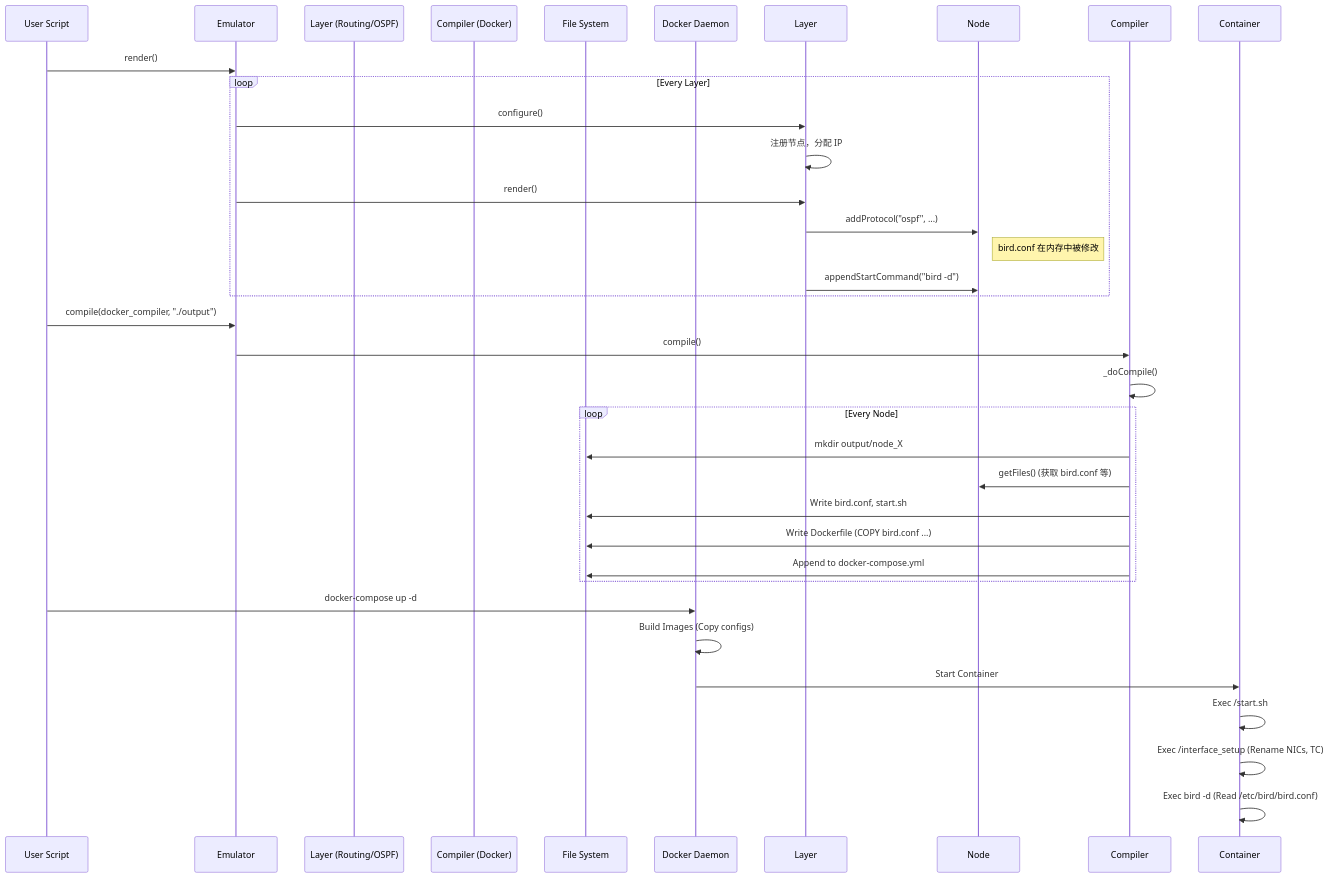
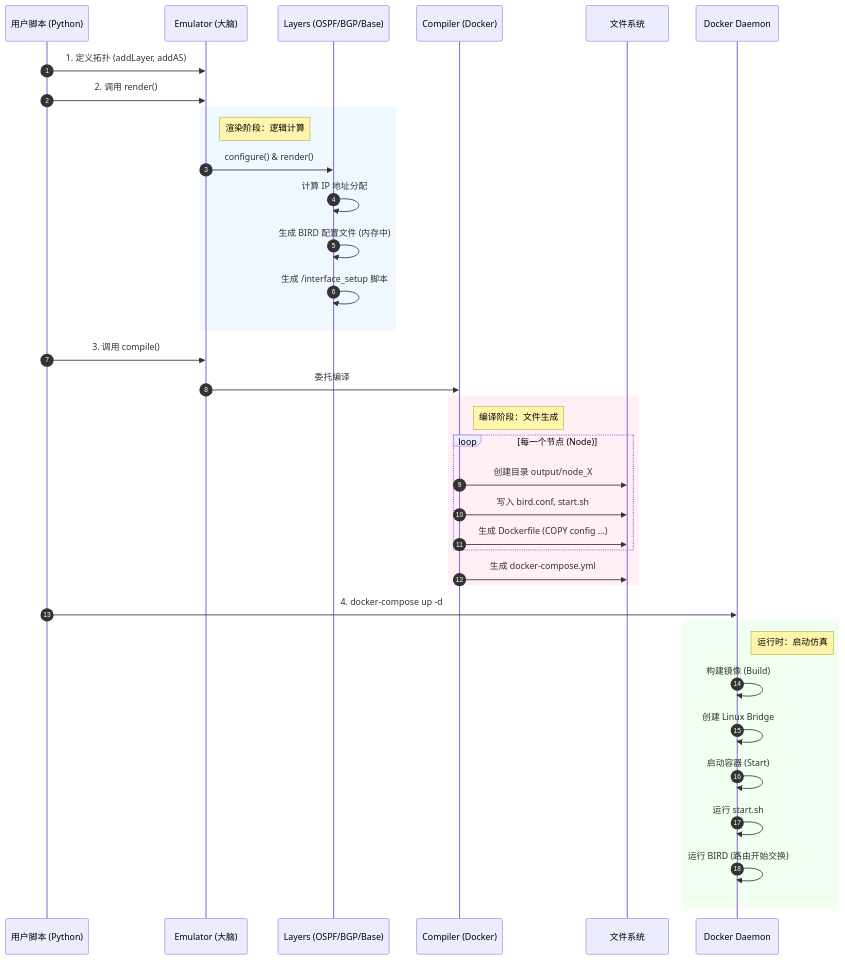
The third of 3 diagrams in SEED_EMULATOR_DEEP_DIVE.md (Anchorite-no/seed-emulator), drawn with Mermaid before and after one commit. The commit also changed other lines of this file, not shown here.

First line of the commit message:
Finalize SEED Emulator Whitepaper with deep principles and code audit

````diff
--- a/SEED_EMULATOR_DEEP_DIVE.md
+++ b/SEED_EMULATOR_DEEP_DIVE.md
@@ -155,41 +277,45 @@
 ```mermaid
 sequenceDiagram
-    participant User Script
-    participant Emulator
-    participant Layer (Routing/OSPF)
-    participant Compiler (Docker)
-    participant File System
-    participant Docker Daemon
+    autonumber
+    participant User as 用户脚本 (Python)
+    participant Emu as Emulator (大脑)
+    participant Layer as Layers (OSPF/BGP/Base)
+    participant Compiler as Compiler (Docker)
+    participant Disk as 文件系统
+    participant Docker as Docker Daemon
 
-    User Script->>Emulator: render()
+    User->>Emu: 1. 定义拓扑 (addLayer, addAS)
+    User->>Emu: 2. 调用 render()
 
-    loop Every Layer
-        Emulator->>Layer: configure()
-        Layer->>Layer: 注册节点，分配 IP
-        Emulator->>Layer: render()
-        Layer->>Node: addProtocol("ospf", ...)
-        Note right of Node: bird.conf 在内存中被修改
-        Layer->>Node: appendStartCommand("bird -d")
+    rect rgb(240, 248, 255)
+        Note right of Emu: 渲染阶段：逻辑计算
+        Emu->>Layer: configure() & render()
+        Layer->>Layer: 计算 IP 地址分配
+        Layer->>Layer: 生成 BIRD 配置文件 (内存中)
+        Layer->>Layer: 生成 /interface_setup 脚本
     end
 
-    User Script->>Emulator: compile(docker_compiler, "./output")
-    Emulator->>Compiler: compile()
+    User->>Emu: 3. 调用 compile()
+    Emu->>Compiler: 委托编译
 
-    Compiler->>Compiler: _doCompile()
-
-    loop Every Node
-        Compiler->>File System: mkdir output/node_X
-        Compiler->>Node: getFiles() (获取 bird.conf 等)
-        Compiler->>File System: Write bird.conf, start.sh
-        Compiler->>File System: Write Dockerfile (COPY bird.conf ...)
-        Compiler->>File System: Append to docker-compose.yml
+    rect rgb(255, 240, 245)
+        Note right of Compiler: 编译阶段：文件生成
+        loop 每一个节点 (Node)
+            Compiler->>Disk: 创建目录 output/node_X
+            Compiler->>Disk: 写入 bird.conf, start.sh
+            Compiler->>Disk: 生成 Dockerfile (COPY config ...)
+        end
+        Compiler->>Disk: 生成 docker-compose.yml
     end
 
-    User Script->>Docker Daemon: docker-compose up -d
+    User->>Docker: 4. docker-compose up -d
 
-    Docker Daemon->>Docker Daemon: Build Images (Copy configs)
-    Docker Daemon->>Container: Start Container
-    Container->>Container: Exec /start.sh
-    Container->>Container: Exec /interface_setup (Rename NICs, TC)
-    Container->>Container: Exec bird -d (Read /etc/bird/bird.conf)
+    rect rgb(240, 255, 240)
+        Note right of Docker: 运行时：启动仿真
+        Docker->>Docker: 构建镜像 (Build)
+        Docker->>Docker: 创建 Linux Bridge
+        Docker->>Docker: 启动容器 (Start)
+        Docker->>Docker: 运行 start.sh
+        Docker->>Docker: 运行 BIRD (路由开始交换)
+    end
 ```
````
